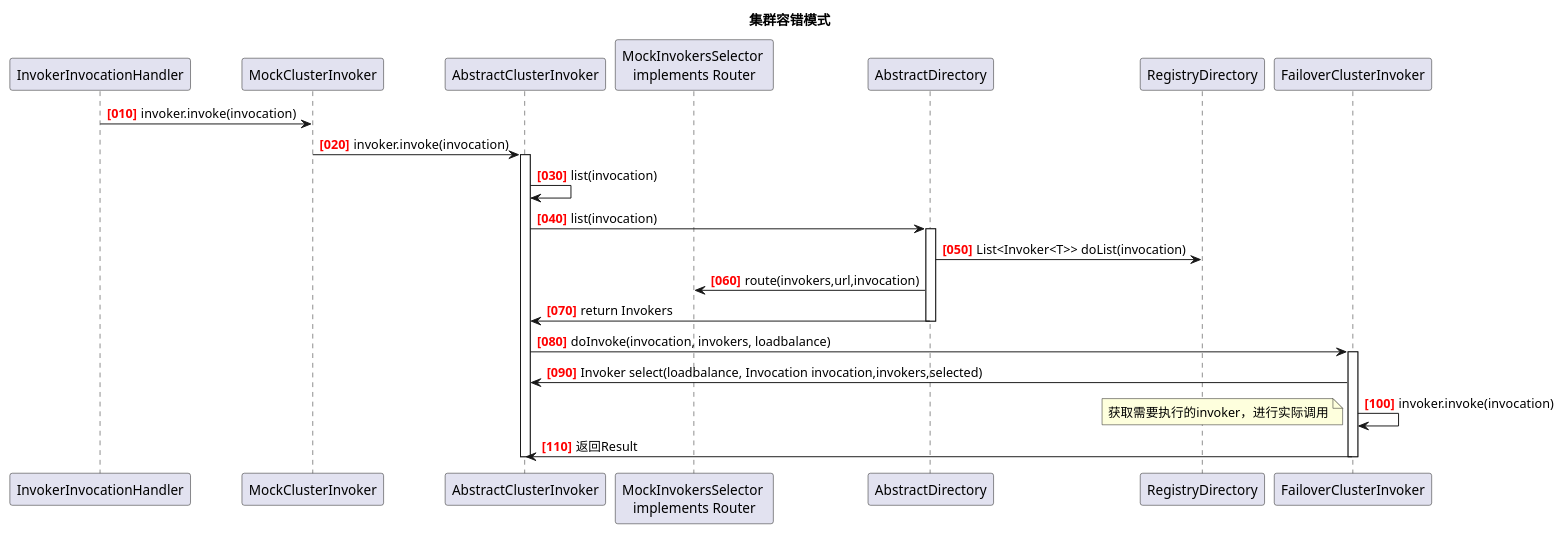
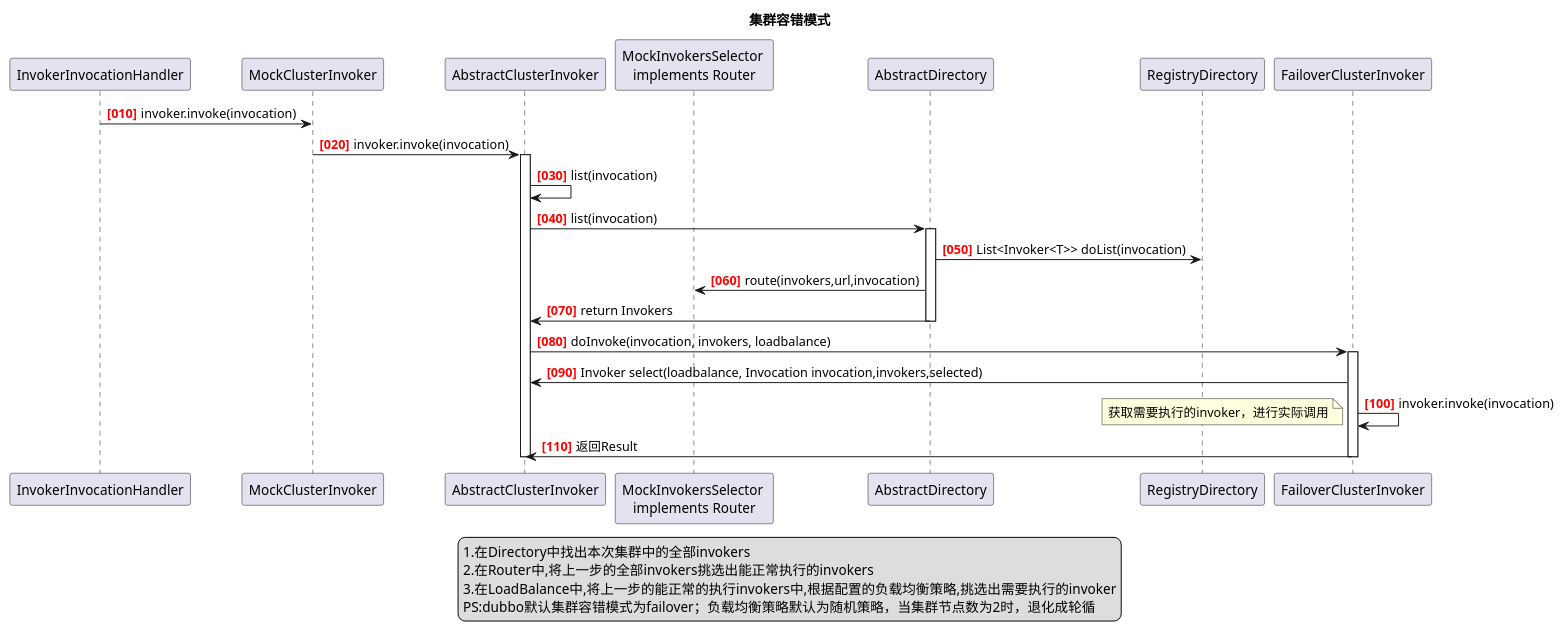
Before and after one commit to newbigTech/myDesignPattern: the diagram in uml/dubbo/消费端调用服务-集群容错模式.puml, drawn with PlantUML.

Commit message:
uml图

```diff
--- a/uml/dubbo/消费端调用服务-集群容错模式.puml
+++ b/uml/dubbo/消费端调用服务-集群容错模式.puml
@@ -1,31 +1,38 @@
 @startuml
 participant InvokerInvocationHandler
 participant MockClusterInvoker
 participant AbstractClusterInvoker
 participant "MockInvokersSelector \nimplements Router" as MockInvokersSelector
 'participant FailoverClusterInvoker
 
 title 集群容错模式
 autonumber 10 10 "<font color=red><b>[000]"
 InvokerInvocationHandler ->   MockClusterInvoker:invoker.invoke(invocation)
 MockClusterInvoker       ->   AbstractClusterInvoker:invoker.invoke(invocation)
 activate AbstractClusterInvoker
 AbstractClusterInvoker   ->   AbstractClusterInvoker:list(invocation)
 AbstractClusterInvoker   ->   AbstractDirectory:list(invocation)
 activate AbstractDirectory
 AbstractDirectory   ->   RegistryDirectory:List<Invoker<T>> doList(invocation)
 AbstractDirectory        ->   MockInvokersSelector:route(invokers,url,invocation)
 AbstractDirectory        ->   AbstractClusterInvoker:return Invokers
 deactivate AbstractDirectory
 AbstractClusterInvoker   -> FailoverClusterInvoker:doInvoke(invocation, invokers, loadbalance)
 activate FailoverClusterInvoker
 FailoverClusterInvoker   -> AbstractClusterInvoker:Invoker select(loadbalance, Invocation invocation,invokers,selected)
 FailoverClusterInvoker   -> FailoverClusterInvoker:invoker.invoke(invocation)
 note left
 获取需要执行的invoker，进行实际调用
 endnote
 FailoverClusterInvoker   -> AbstractClusterInvoker:返回Result
 deactivate FailoverClusterInvoker
 deactivate AbstractClusterInvoker
 
+legend center
+    1.在Directory中找出本次集群中的全部invokers
+    2.在Router中,将上一步的全部invokers挑选出能正常执行的invokers
+    3.在LoadBalance中,将上一步的能正常的执行invokers中,根据配置的负载均衡策略,挑选出需要执行的invoker
+    PS:dubbo默认集群容错模式为failover；负载均衡策略默认为随机策略，当集群节点数为2时，退化成轮循
+endlegend
+
 @enduml
```
